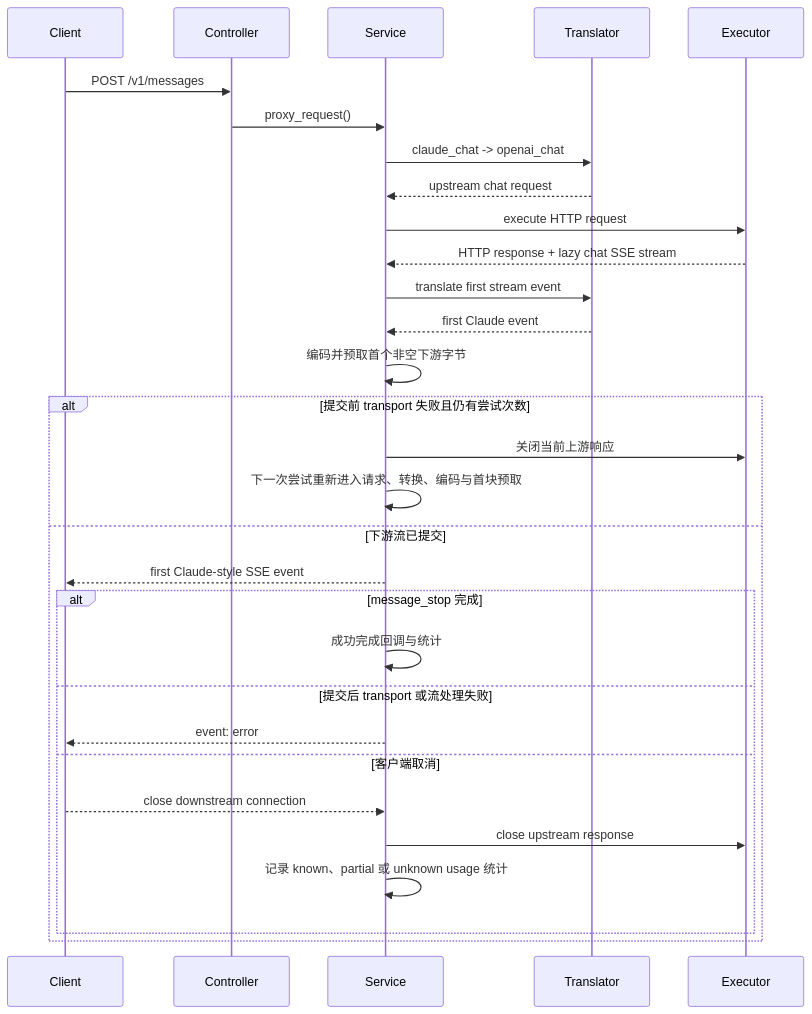
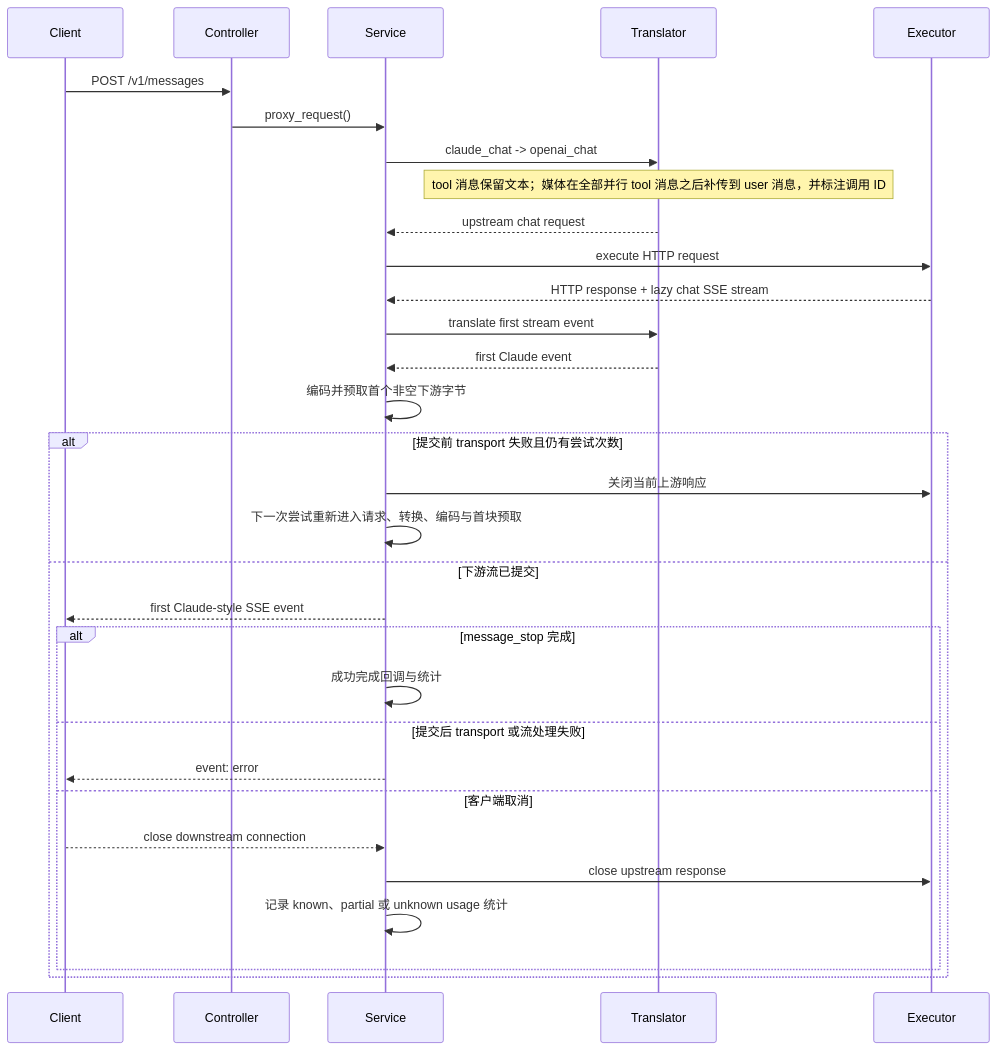
Before and after one commit to VonSdite/LLM_Proxy: the fourth of 5 diagrams in docs/architecture-4plus1.md, drawn with Mermaid. The commit also changed other lines of this file and 13 other files, not shown here.

````diff
--- a/docs/architecture-4plus1.md
+++ b/docs/architecture-4plus1.md
@@ -1314,33 +1323,34 @@
 ```mermaid
 sequenceDiagram
     participant Client
     participant Controller
     participant Service
     participant Translator
     participant Executor
 
     Client->>Controller: POST /v1/messages
     Controller->>Service: proxy_request()
     Service->>Translator: claude_chat -> openai_chat
+    Note over Translator: tool 消息保留文本；媒体在全部并行 tool 消息之后补传到 user 消息，并标注调用 ID
     Translator-->>Service: upstream chat request
     Service->>Executor: execute HTTP request
     Executor-->>Service: HTTP response + lazy chat SSE stream
     Service->>Translator: translate first stream event
     Translator-->>Service: first Claude event
     Service->>Service: 编码并预取首个非空下游字节
     alt 提交前 transport 失败且仍有尝试次数
         Service->>Executor: 关闭当前上游响应
         Service->>Service: 下一次尝试重新进入请求、转换、编码与首块预取
     else 下游流已提交
         Service-->>Client: first Claude-style SSE event
         alt message_stop 完成
             Service->>Service: 成功完成回调与统计
         else 提交后 transport 或流处理失败
             Service-->>Client: event: error
         else 客户端取消
             Client-->>Service: close downstream connection
             Service->>Executor: close upstream response
             Service->>Service: 记录 known、partial 或 unknown usage 统计
         end
     end
 ```
````
